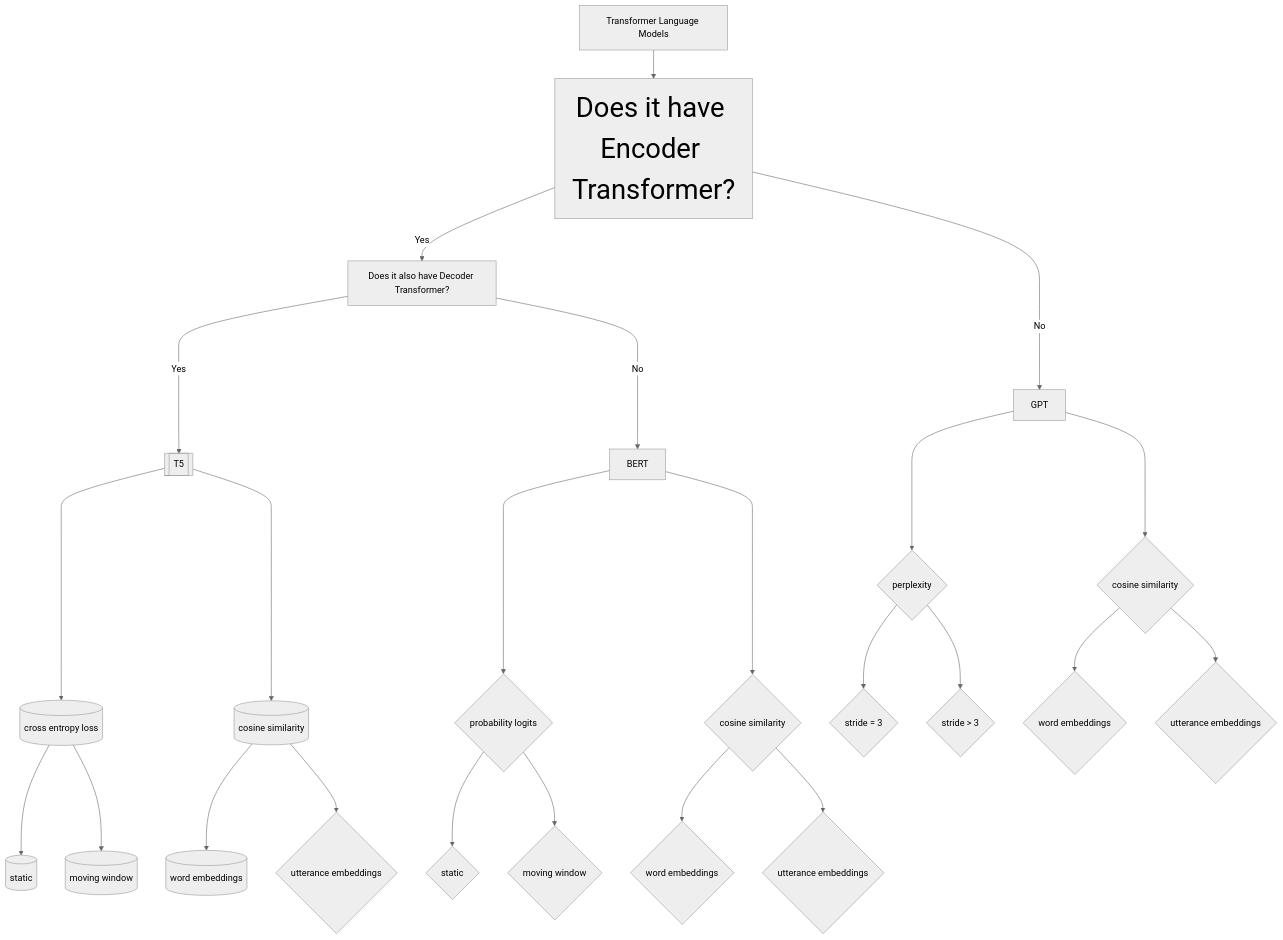
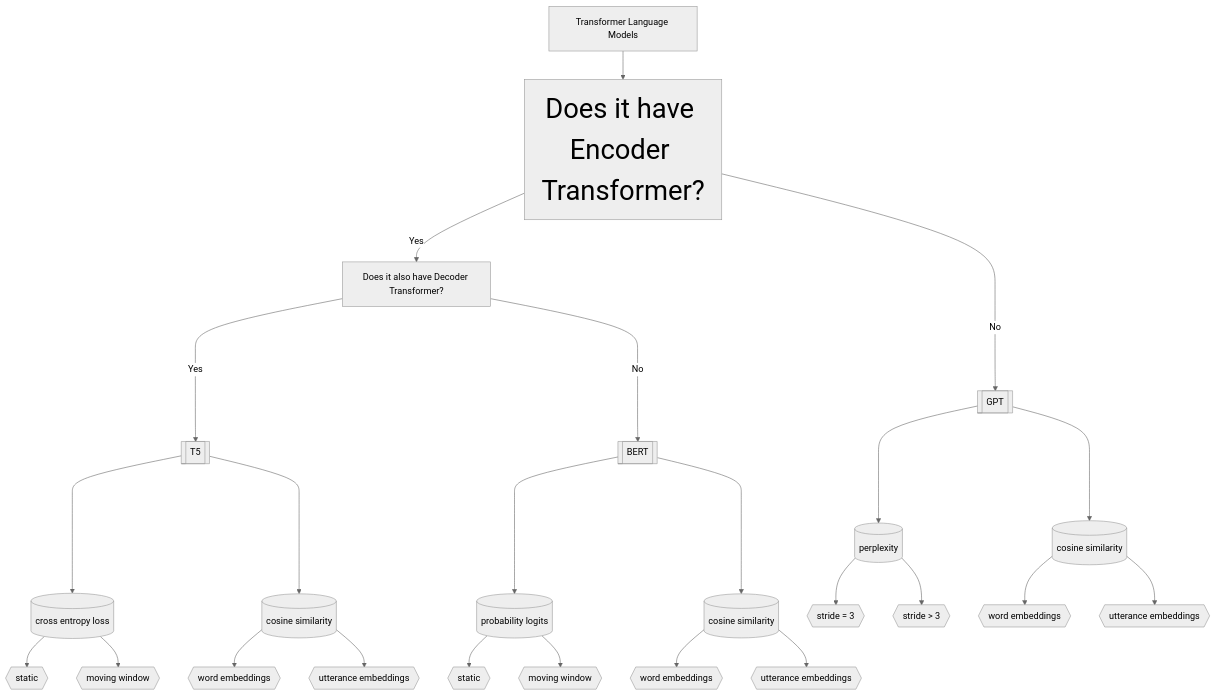
Before and after one commit to yancong222/SSD-LM-STanglab: the diagram in README.md, drawn with Mermaid (neutral theme).

````diff
--- a/README.md
+++ b/README.md
@@ -4,29 +4,29 @@
 ```mermaid
 flowchart TD
     A[Transformer Language Models] --> B[<font size=24>Does it have Encoder Transformer?]
     B -- Yes --> C[Does it also have Decoder Transformer?]
     C -- Yes ----> D[[T5]] ----> G[(cross entropy loss)]
-    G --> J[(static)]
-    G --> K[(moving window)]
+    G --> J{{static}}
+    G --> K{{moving window}}
     D ----> P[(cosine similarity)]
-    P --> Q[(word embeddings)]
-    P --> R{utterance embeddings}
-    C -- No ----> E[BERT] ----> H{probability logits}
-    H --> L{static} 
-    H --> M{moving window}
-    E ----> S{cosine similarity}
-    S --> T{word embeddings}
-    S --> U{utterance embeddings}
-    B -- No ----> F[GPT] ----> I{perplexity}
-    I --> N{stride = 3}
-    I --> O{stride > 3}
-    F ----> V{cosine similarity}
-    V --> W{word embeddings}
-    V --> X{utterance embeddings}
+    P --> Q{{word embeddings}}
+    P --> R{{utterance embeddings}}
+    C -- No ----> E[[BERT]] ----> H[(probability logits)]
+    H --> L{{static}}
+    H --> M{{moving window}}
+    E ----> S[(cosine similarity)]
+    S --> T{{word embeddings}}
+    S --> U{{utterance embeddings}}
+    B -- No ----> F[[GPT]] ----> I[(perplexity)]
+    I --> N{{stride = 3}}
+    I --> O{{stride > 3}}
+    F ----> V[(cosine similarity)]
+    V --> W{{word embeddings}}
+    V --> X{{utterance embeddings}}
     click A "https://github.com/yancong222/scriptscz/blob/main/perplexity/ed_perplexity.py" _blank
     click B "http://www.github.com" "Open this in a new tab" _blank
     click C href "http://www.github.com" _blank
     click D href "http://www.github.com" "Open this in a new tab" _blank
     
 classDef className fill:#f9f,stroke:#333,stroke-width:4px
 ```
````
